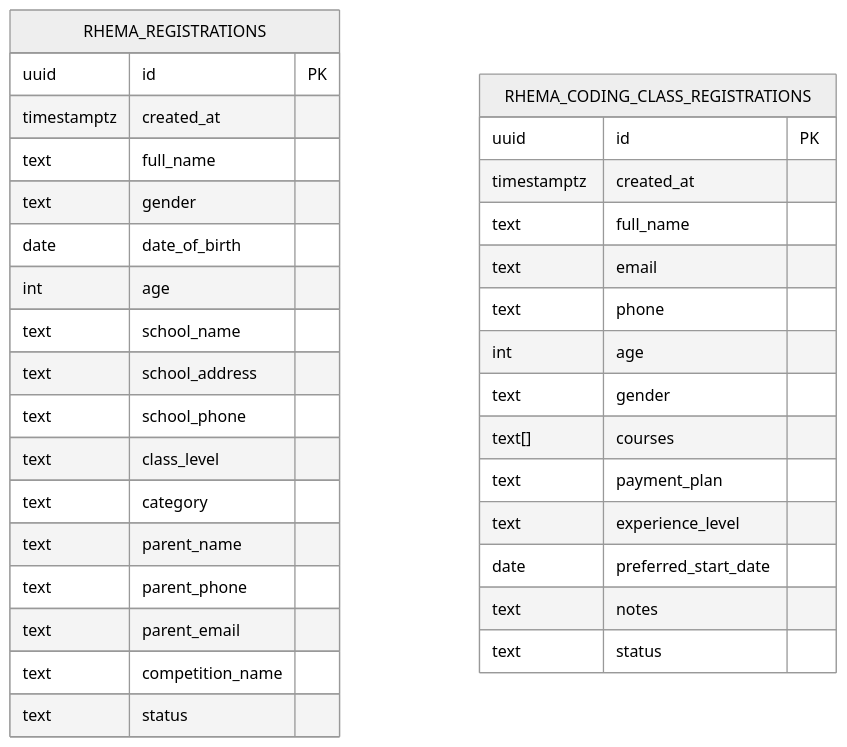
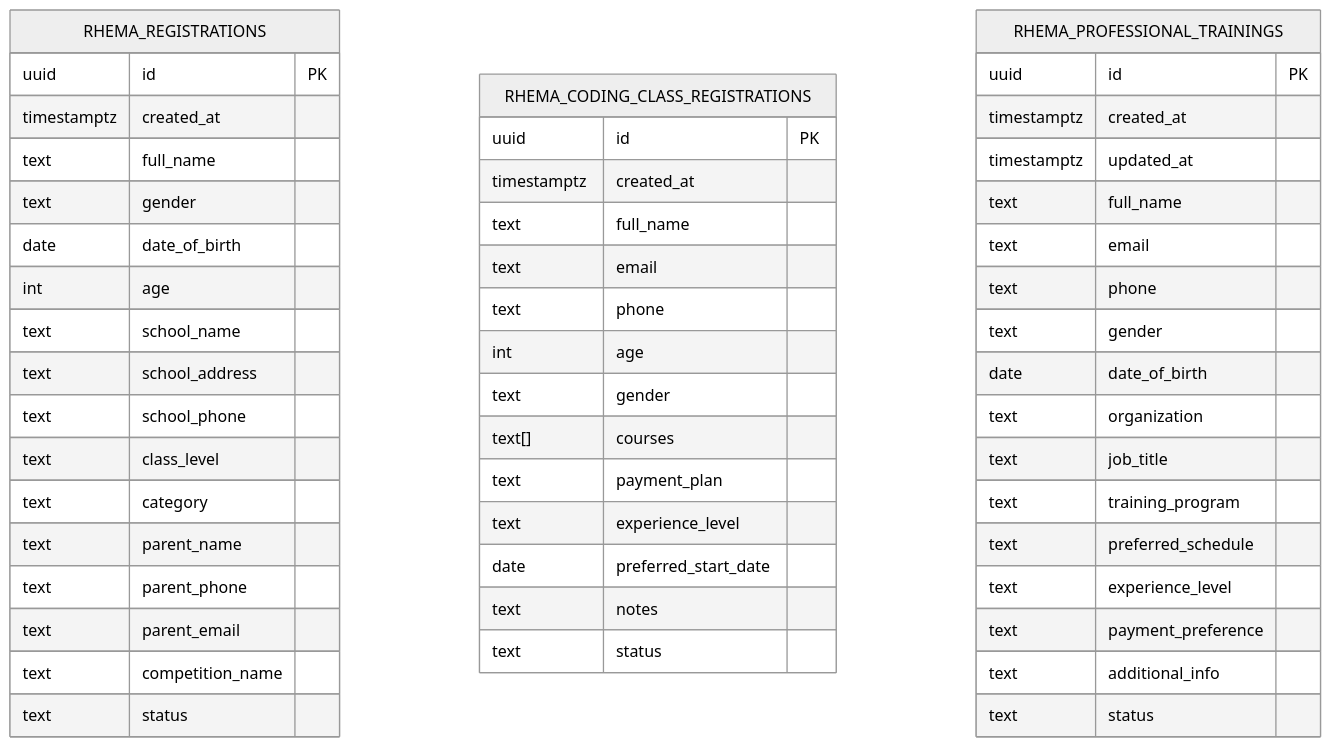
The fifth of 8 diagrams in .qoder/repowiki/en/content/Database Integration/TypeScript Type Definitions.md (Black-box01/rhemaexpertsolutions), drawn with Mermaid (neutral theme) before and after one commit. The commit also changed other lines of this file and 22 other files, not shown here.

First line of the commit message:
feat(professional-trainings): add professional training registration system

````diff
--- a/.qoder/repowiki/en/content/Database Integration/TypeScript Type Definitions.md
+++ b/.qoder/repowiki/en/content/Database Integration/TypeScript Type Definitions.md
@@ -224,36 +284,54 @@
 ```mermaid
 erDiagram
 RHEMA_REGISTRATIONS {
 uuid id PK
 timestamptz created_at
 text full_name
 text gender
 date date_of_birth
 int age
 text school_name
 text school_address
 text school_phone
 text class_level
 text category
 text parent_name
 text parent_phone
 text parent_email
 text competition_name
 text status
 }
 RHEMA_CODING_CLASS_REGISTRATIONS {
 uuid id PK
 timestamptz created_at
 text full_name
 text email
 text phone
 int age
 text gender
 text[] courses
 text payment_plan
 text experience_level
 date preferred_start_date
 text notes
 text status
 }
+RHEMA_PROFESSIONAL_TRAININGS {
+uuid id PK
+timestamptz created_at
+timestamptz updated_at
+text full_name
+text email
+text phone
+text gender
+date date_of_birth
+text organization
+text job_title
+text training_program
+text preferred_schedule
+text experience_level
+text payment_preference
+text additional_info
+text status
+}
 ```
````
